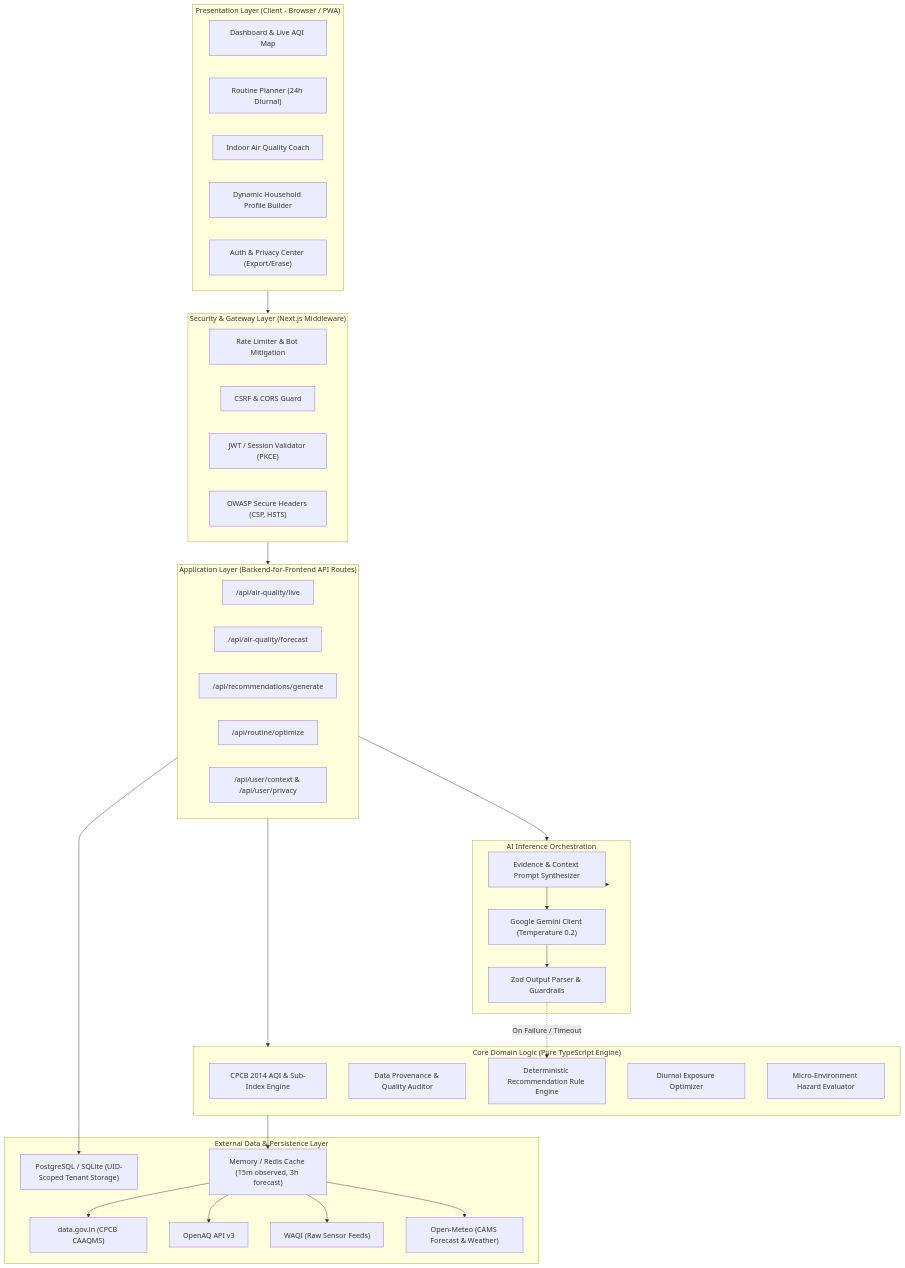
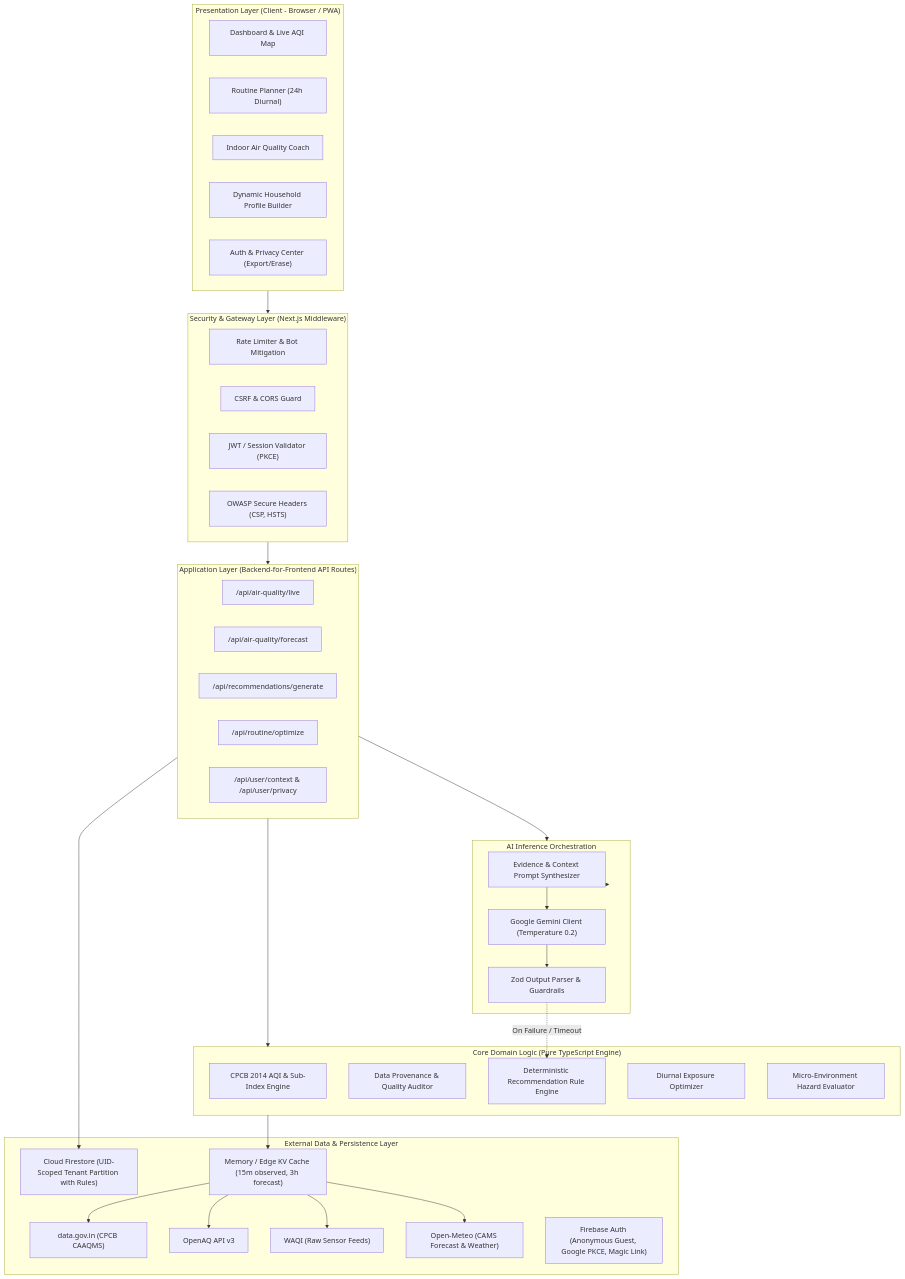
Before and after one commit to agnidiptasarkar123-dev/prompt_6: the first of 3 diagrams in docs/architecture.md, drawn with Mermaid. The commit also changed other lines of this file and 8 other files, not shown here.

Commit message:
docs: complete feasibility, API dependency matrix, Firestore rules, and phase plan

````diff
--- a/docs/architecture.md
+++ b/docs/architecture.md
@@ -14,61 +14,62 @@
 ```mermaid
 flowchart TD
     subgraph Client["Presentation Layer (Client - Browser / PWA)"]
         UI_Home["Dashboard & Live AQI Map"]
         UI_Routine["Routine Planner (24h Diurnal)"]
         UI_Indoor["Indoor Air Quality Coach"]
         UI_Context["Dynamic Household Profile Builder"]
         UI_Auth["Auth & Privacy Center (Export/Erase)"]
     end
 
     subgraph Edge["Security & Gateway Layer (Next.js Middleware)"]
         MW_RateLimit["Rate Limiter & Bot Mitigation"]
         MW_CSRF["CSRF & CORS Guard"]
         MW_Auth["JWT / Session Validator (PKCE)"]
         MW_Headers["OWASP Secure Headers (CSP, HSTS)"]
     end
 
     subgraph BFF["Application Layer (Backend-for-Frontend API Routes)"]
         API_AQI["/api/air-quality/live"]
         API_Forecast["/api/air-quality/forecast"]
         API_Recommend["/api/recommendations/generate"]
         API_Routine["/api/routine/optimize"]
         API_User["/api/user/context & /api/user/privacy"]
     end
 
     subgraph Domain["Core Domain Logic (Pure TypeScript Engine)"]
         ENG_CPCB["CPCB 2014 AQI & Sub-Index Engine"]
         ENG_Provenance["Data Provenance & Quality Auditor"]
         ENG_Fallback["Deterministic Recommendation Rule Engine"]
         ENG_Routine["Diurnal Exposure Optimizer"]
         ENG_Indoor["Micro-Environment Hazard Evaluator"]
     end
 
     subgraph AI["AI Inference Orchestration"]
         AI_Prompt["Evidence & Context Prompt Synthesizer"]
         AI_Gemini["Google Gemini Client (Temperature 0.2)"]
         AI_Zod["Zod Output Parser & Guardrails"]
     end
 
     subgraph Data["External Data & Persistence Layer"]
         EXT_CPCB["data.gov.in (CPCB CAAQMS)"]
         EXT_OpenAQ["OpenAQ API v3"]
         EXT_WAQI["WAQI (Raw Sensor Feeds)"]
         EXT_Meteo["Open-Meteo (CAMS Forecast & Weather)"]
-        DB_Storage["PostgreSQL / SQLite (UID-Scoped Tenant Storage)"]
-        CACHE_KV["Memory / Redis Cache (15m observed, 3h forecast)"]
+        DB_Storage["Cloud Firestore (UID-Scoped Tenant Partition with Rules)"]
+        AUTH_FB["Firebase Auth (Anonymous Guest, Google PKCE, Magic Link)"]
+        CACHE_KV["Memory / Edge KV Cache (15m observed, 3h forecast)"]
     end
 
     Client --> Edge
     Edge --> BFF
     BFF --> Domain
     BFF --> AI
     Domain --> CACHE_KV
     CACHE_KV --> EXT_CPCB
     CACHE_KV --> EXT_OpenAQ
     CACHE_KV --> EXT_WAQI
     CACHE_KV --> EXT_Meteo
     AI --> AI_Prompt --> AI_Gemini --> AI_Zod
     AI_Zod -.->|On Failure / Timeout| ENG_Fallback
     BFF --> DB_Storage
 ```
````
